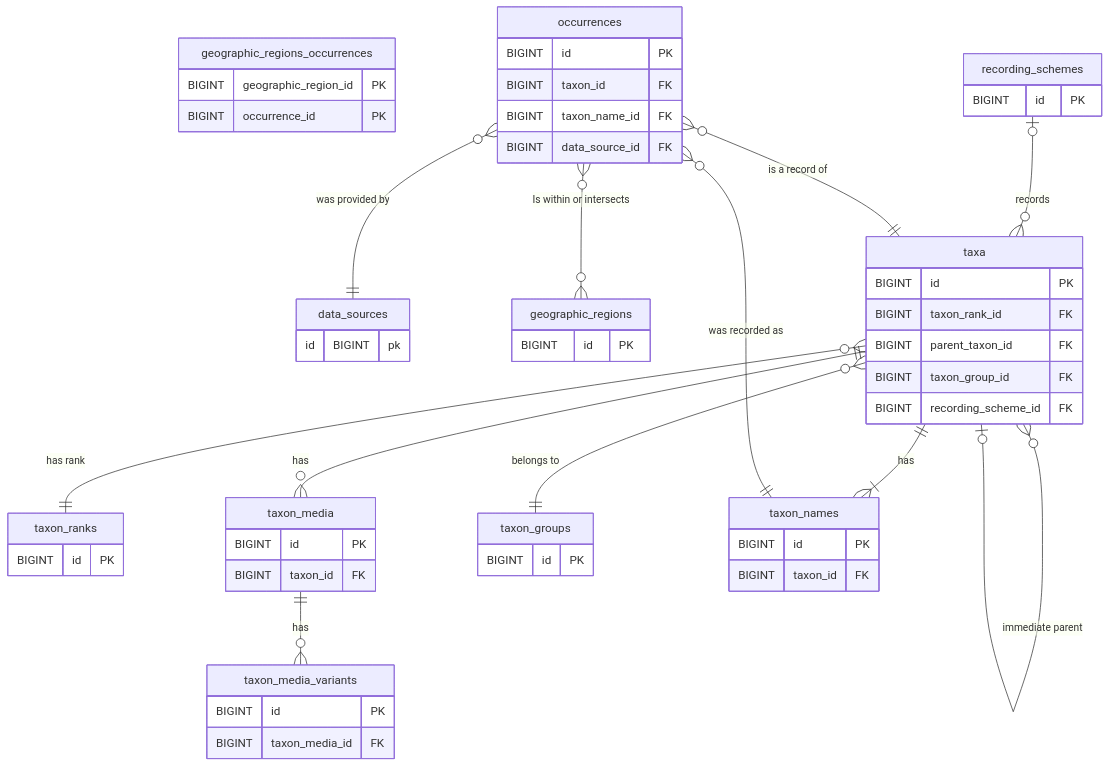
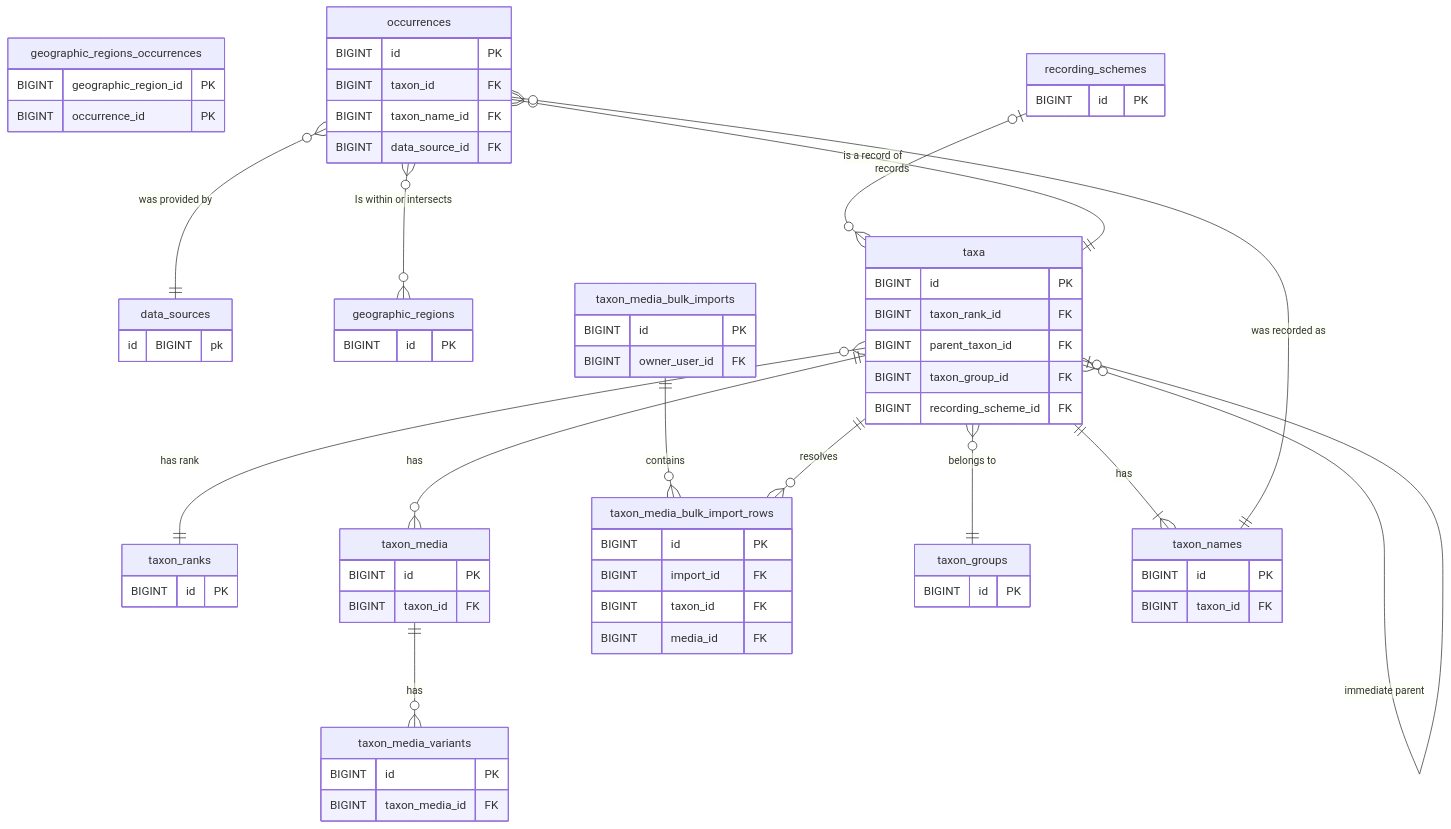
One commit to National-Museums-Liverpool/tanhub changed the diagram in docs/database.md. Above: the diagram before and after it, drawn with Mermaid. The commit also changed other lines of this file and 21 other files, not shown here.

Commit message:
Taxon media imports

```diff
--- a/docs/database.md
+++ b/docs/database.md
@@ -61,6 +61,18 @@
     BIGINT taxon_media_id FK
   }
 
+  taxon_media_bulk_imports {
+    BIGINT id PK
+    BIGINT owner_user_id FK
+  }
+
+  taxon_media_bulk_import_rows {
+    BIGINT id PK
+    BIGINT import_id FK
+    BIGINT taxon_id FK
+    BIGINT media_id FK
+  }
+
   taxon_groups {
     BIGINT id PK
   }
@@ -74,6 +86,8 @@
   taxa ||--|{ taxon_names: has
   taxa ||--o{ taxon_media: has
   taxon_media ||--o{ taxon_media_variants: has
+  taxon_media_bulk_imports ||--o{ taxon_media_bulk_import_rows: contains
+  taxa ||--o{ taxon_media_bulk_import_rows: resolves
   taxa }o--o| taxa: "immediate parent"
   taxa }o--|| taxon_ranks: "has rank"
   taxa }o--|| taxon_groups: "belongs to"
```
